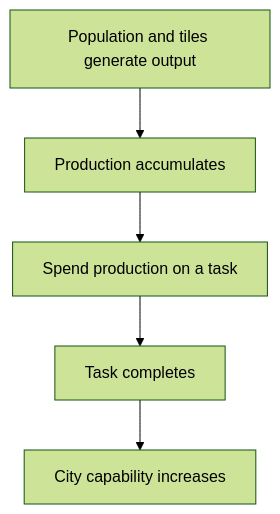
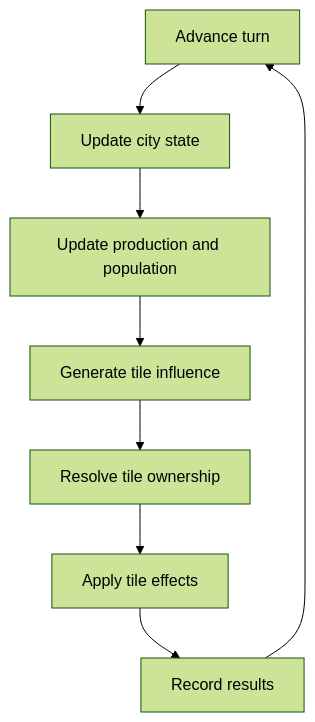
Before and after one commit to gram12321/tileideas: the fourth of 4 diagrams in docs/variablesoverview.md, drawn with Mermaid (forest theme). The commit also changed other lines of this file and 15 other files, not shown here.

````diff
--- a/docs/variablesoverview.md
+++ b/docs/variablesoverview.md
@@ -63,7 +88,10 @@
 ```mermaid
 flowchart TD
-  A[Population and tiles generate output] --> B[Production accumulates]
-  B --> C[Spend production on a task]
-  C --> D[Task completes]
-  D --> E[City capability increases]
+  A[Advance turn] --> B[Update city state]
+  B --> C[Update production and population]
+  C --> D[Generate tile influence]
+  D --> E[Resolve tile ownership]
+  E --> F[Apply tile effects]
+  F --> G[Record results]
+  G --> A
 ```
````
